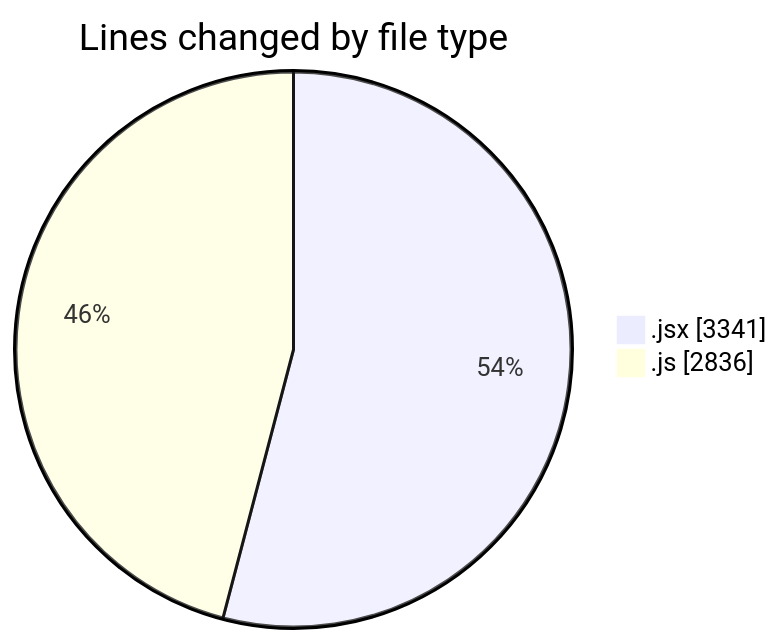
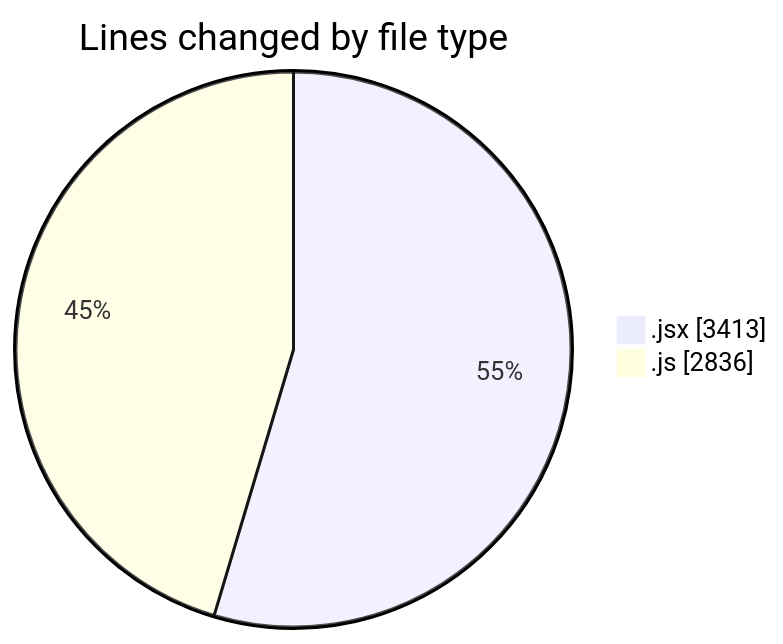
One commit to nxtqubesakshisongat/code-tracking changed the first of 2 diagrams in 2025-09-23/nxtqube_webapp/README.md. Above: the diagram before and after it, drawn with Mermaid. The commit also changed other lines of this file and 1 other file, not shown here.

````diff
--- a/2025-09-23/nxtqube_webapp/README.md
+++ b/2025-09-23/nxtqube_webapp/README.md
@@ -23,6 +23,6 @@
 ```mermaid
 pie showData
 title Lines changed by file type
-".jsx" : 3341
+".jsx" : 3413
 ".js" : 2836
 ```
````
